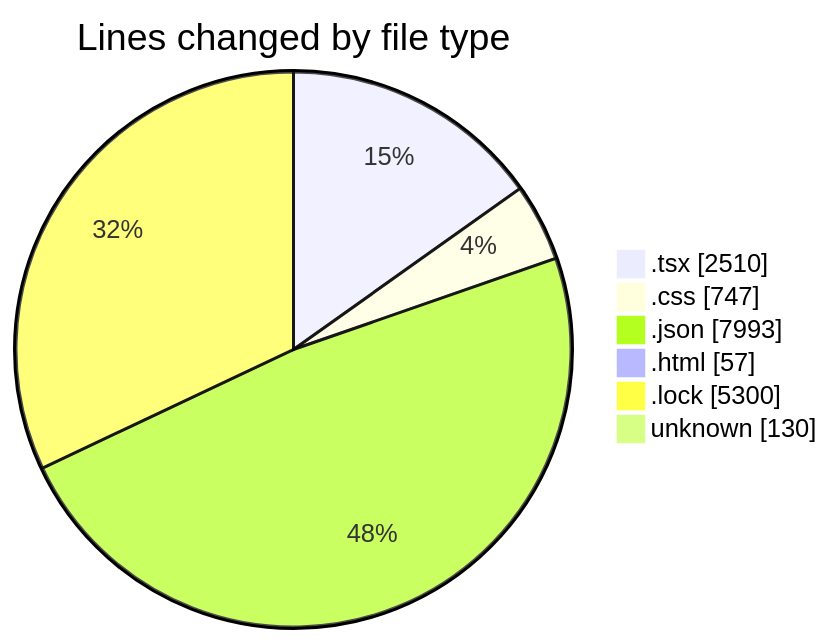
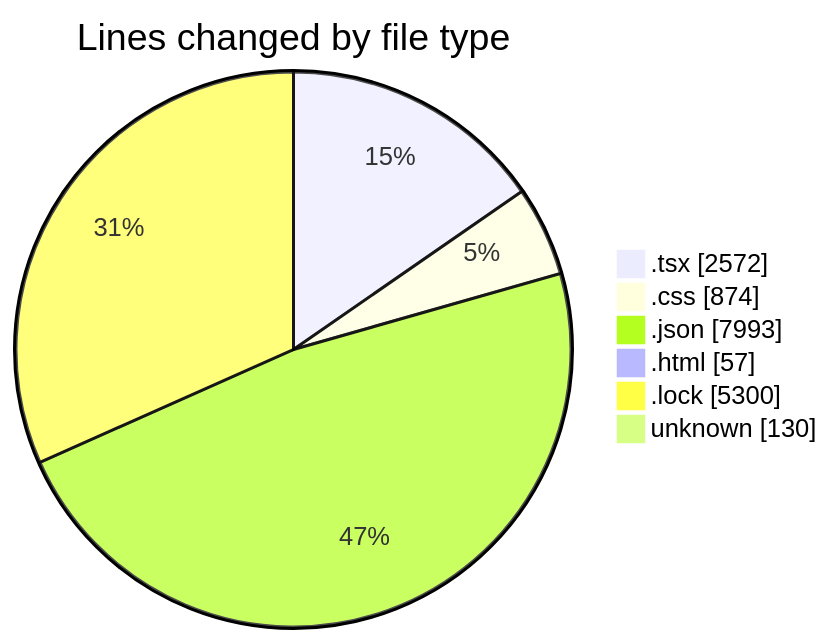
One commit to EIIisD/code-tracking changed the first of 2 diagrams in 2025-08-12/ribbon/README.md. Above: the diagram before and after it, drawn with Mermaid. The commit also changed other lines of this file and 1 other file, not shown here.

````diff
--- a/2025-08-12/ribbon/README.md
+++ b/2025-08-12/ribbon/README.md
@@ -38,10 +38,10 @@
 ```mermaid
 pie showData
 title Lines changed by file type
-".tsx" : 2510
-".css" : 747
+".tsx" : 2572
+".css" : 874
 ".json" : 7993
 ".html" : 57
 ".lock" : 5300
 "unknown" : 130
 ```
````
